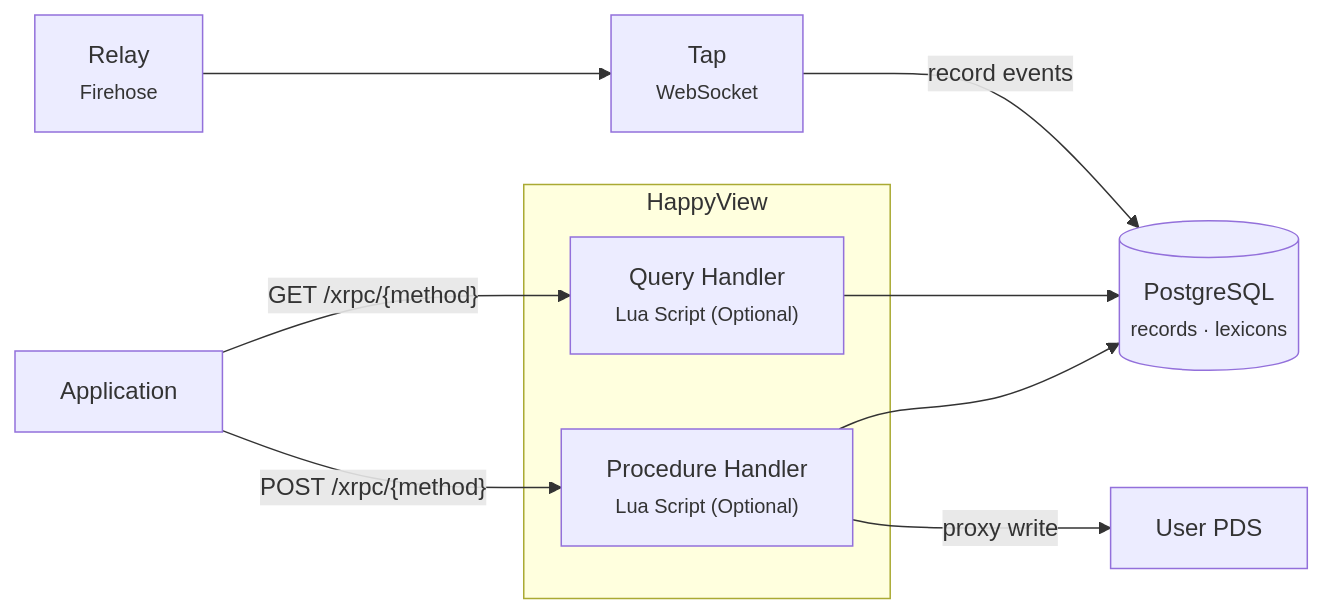
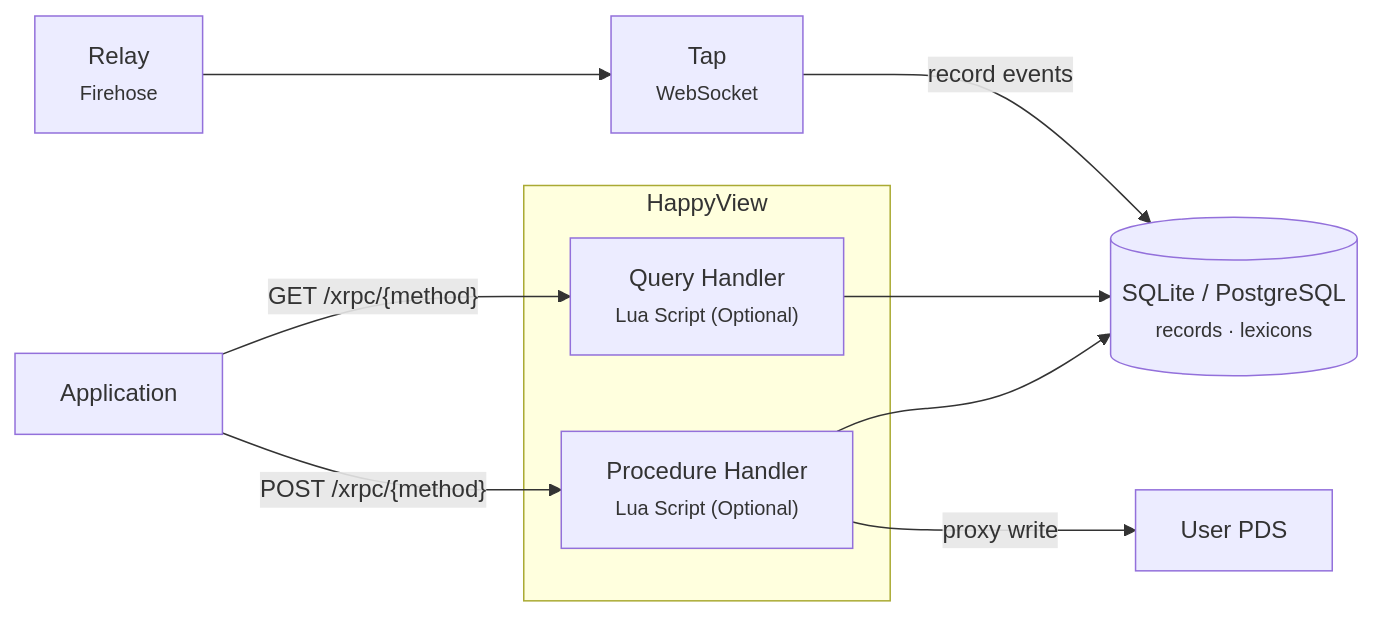
Before and after one commit to gamesgamesgamesgamesgames/HappyView: the diagram in docs/reference/architecture.md, drawn with Mermaid. The commit also changed other lines of this file and 42 other files, not shown here.

````diff
--- a/docs/reference/architecture.md
+++ b/docs/reference/architecture.md
@@ -7,22 +7,22 @@
 ```mermaid
 graph LR
   Application
 
   Application -->|"GET /xrpc/{method}"| Query
   Application -->|"POST /xrpc/{method}"| Procedure
 
   subgraph HappyView
     Query["Query Handler<br/><small>Lua Script (Optional)</small>"]
     Procedure["Procedure Handler<br/><small>Lua Script (Optional)</small>"]
   end
 
   Procedure --> DB
   Query --> DB
 
   Procedure -->|proxy write| PDS["User PDS"]
 
-  DB[("PostgreSQL<br/><small>records · lexicons</small>")]
+  DB[("SQLite / PostgreSQL<br/><small>records · lexicons</small>")]
 
   Tap["Tap<br/><small>WebSocket</small>"] -->|record events| DB
   Relay["Relay<br/><small>Firehose</small>"] --> Tap
 ```
````
